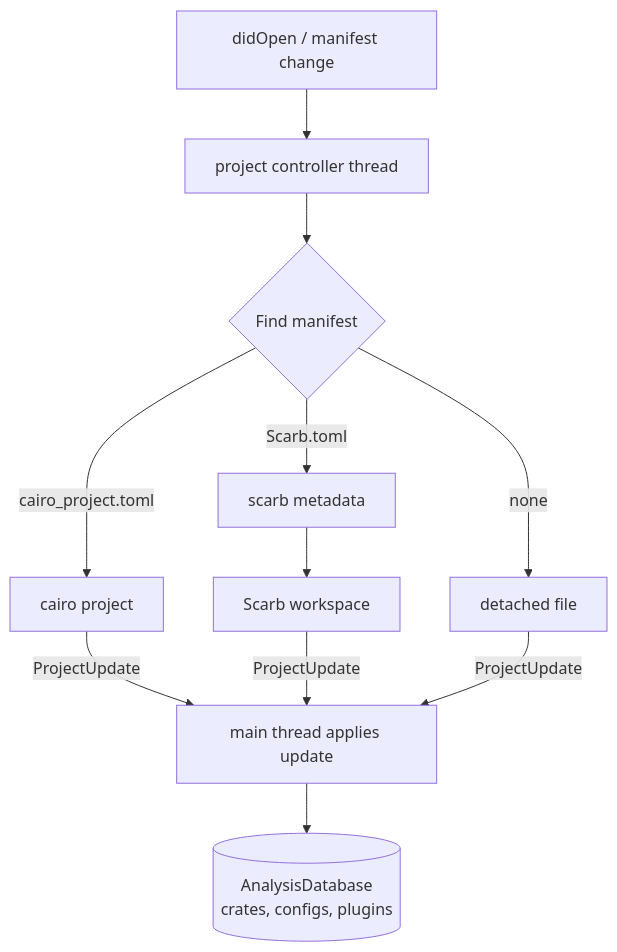
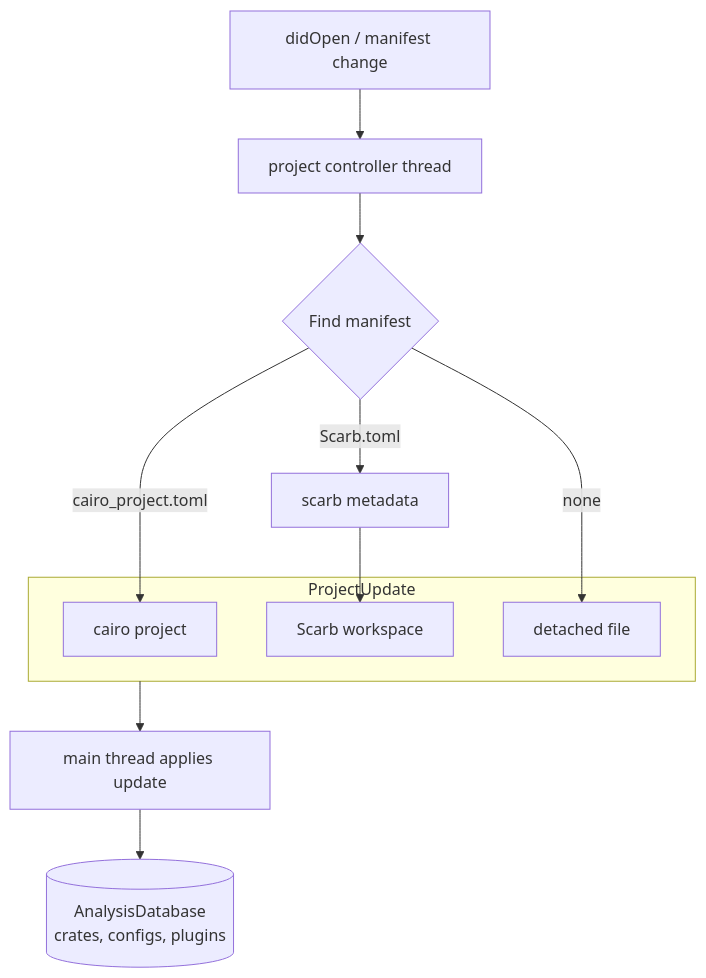
The fifth of 7 diagrams in ARCHITECTURE.md (software-mansion/cairols), drawn with Mermaid before and after one commit. The commit also changed other lines of this file, not shown here.

````diff
--- a/ARCHITECTURE.md
+++ b/ARCHITECTURE.md
@@ -337,10 +335,15 @@
 ```mermaid
 flowchart TB
     open["didOpen / manifest change"] --> ctrl["project controller thread"]
     ctrl --> discover{"Find manifest"}
-    discover -- "cairo_project.toml" --> cpt["cairo project"]
-    discover -- "Scarb.toml" --> sm["scarb metadata"] --> scarb["Scarb workspace"]
-    discover -- "none" --> none["detached file"]
-    cpt & scarb & none -- "ProjectUpdate" --> apply["main thread applies update"]
+    subgraph update ["ProjectUpdate"]
+        cpt["cairo project"]
+        scarb["Scarb workspace"]
+        none["detached file"]
+    end
+    discover -- "cairo_project.toml" --> cpt
+    discover -- "Scarb.toml" --> sm["scarb metadata"] --> scarb
+    discover -- "none" --> none
+    update --> apply["main thread applies update"]
     apply --> db[("AnalysisDatabase<br/>crates, configs, plugins")]
 ```
````
